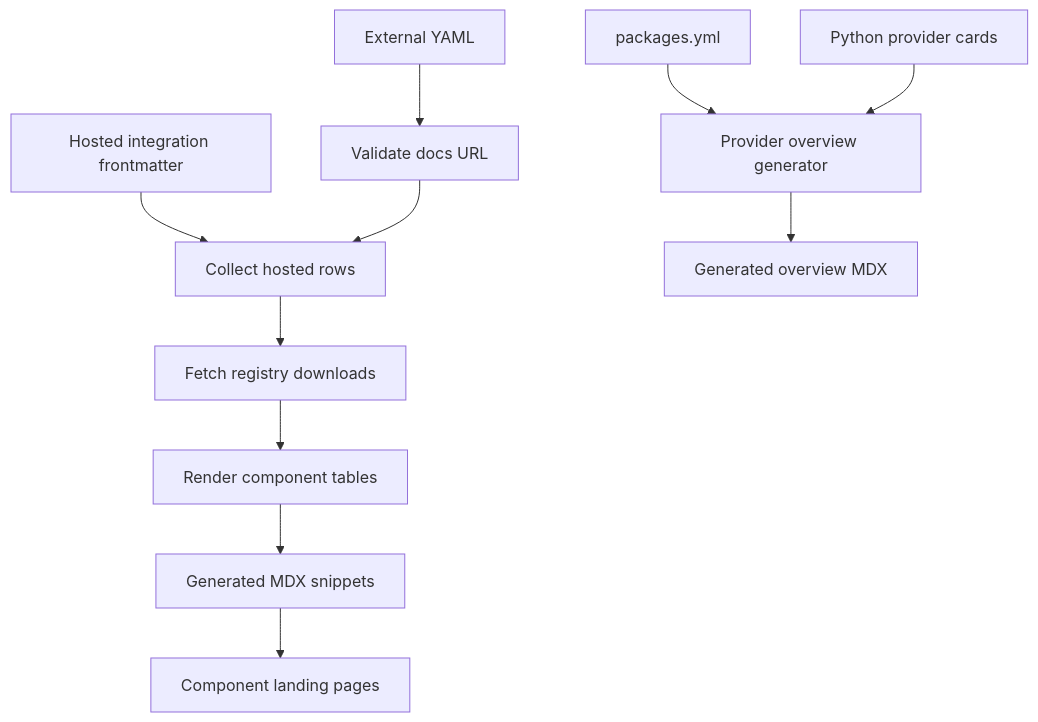
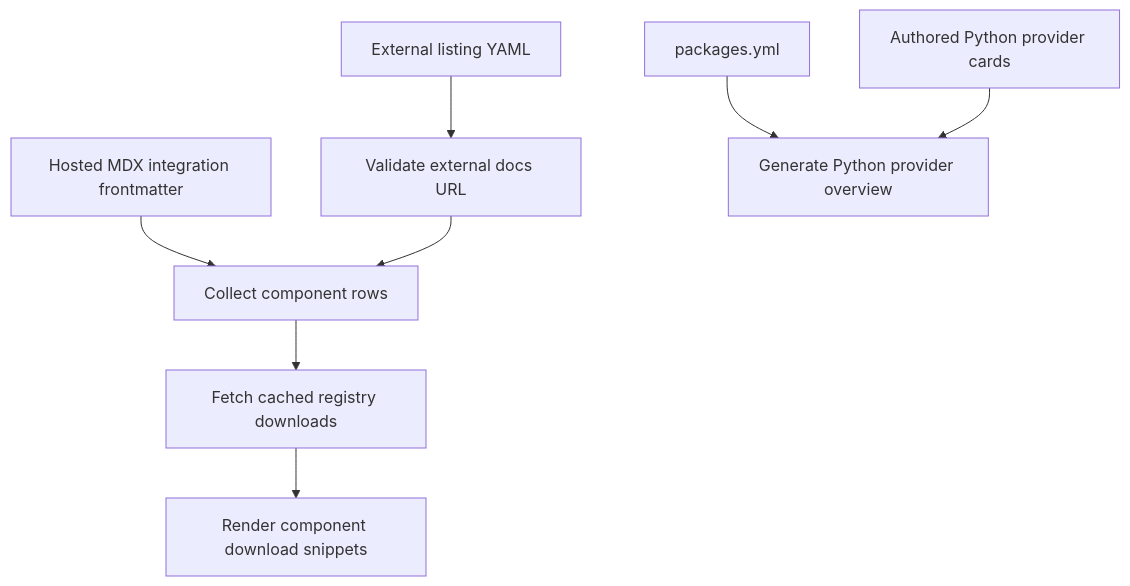
One commit to langchain-ai/docs changed the first of 3 diagrams in openwiki/workflows/integration-listing-automation.md. Above: the diagram before and after it, drawn with Mermaid. The commit also changed other lines of this file and 20 other files, not shown here.

````diff
--- a/openwiki/workflows/integration-listing-automation.md
+++ b/openwiki/workflows/integration-listing-automation.md
@@ -100,13 +63,10 @@
 ```mermaid
 flowchart TD
-    External["External YAML"] --> Validate["Validate docs URL"]
-    Hosted["Hosted integration frontmatter"] --> Collect["Collect hosted rows"]
-    Validate --> Collect
-    Collect --> Fetch["Fetch registry downloads"]
-    Fetch --> Render["Render component tables"]
-    Render --> Snippets["Generated MDX snippets"]
-    Snippets --> Landing["Component landing pages"]
-    Packages["packages.yml"] --> Overview["Provider overview generator"]
-    Cards["Python provider cards"] --> Overview
-    Overview --> Generated["Generated overview MDX"]
+    Hosted["Hosted MDX integration frontmatter"] --> Rows["Collect component rows"]
+    External["External listing YAML"] --> Validate["Validate external docs URL"]
+    Validate --> Rows
+    Rows --> Downloads["Fetch cached registry downloads"]
+    Downloads --> Render["Render component download snippets"]
+    Packages["packages.yml"] --> Overview["Generate Python provider overview"]
+    Cards["Authored Python provider cards"] --> Overview
 ```
````
